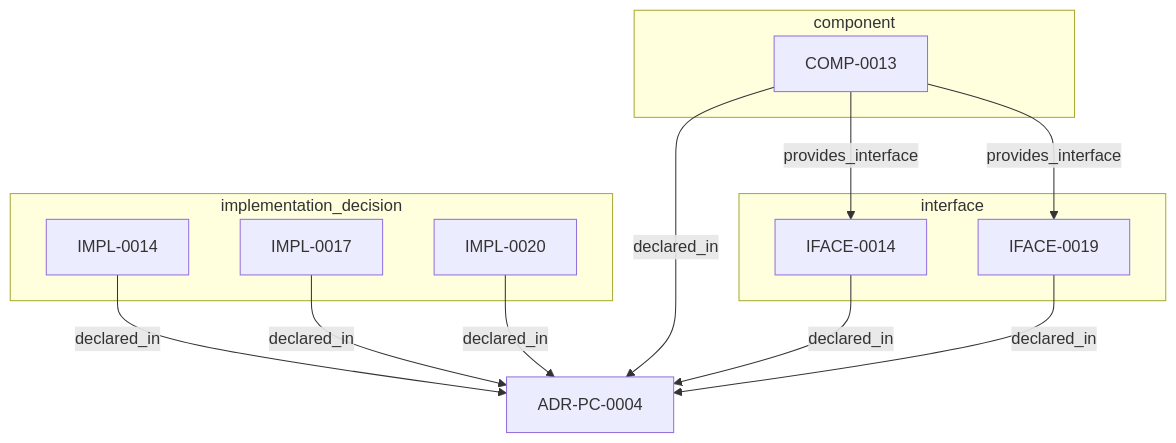
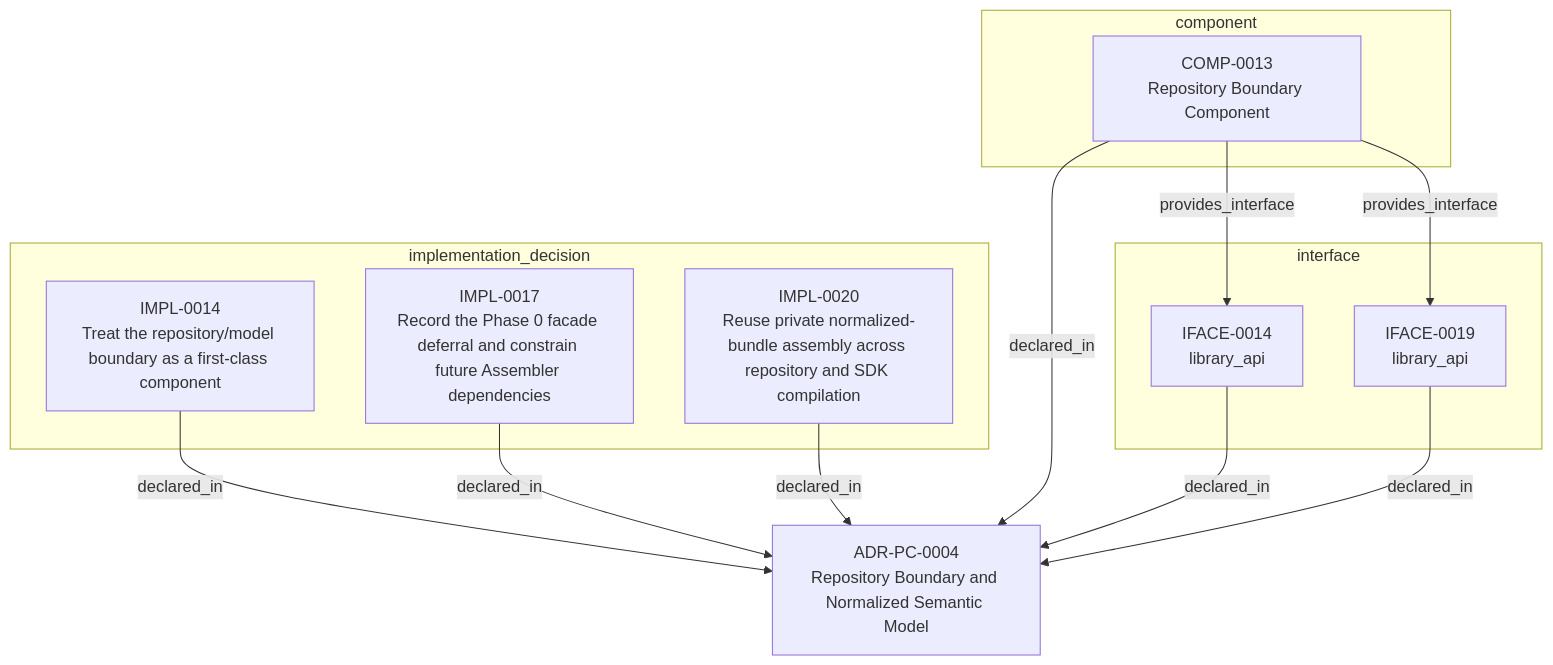
One commit to egallmann/adr-architecture-kit changed the third of 3 diagrams in adrs/adr-projection/physical-component/ADR-PC-0004-repository-boundary-and-normalized-semantic-model.md. Above: the diagram before and after it, drawn with Mermaid. The commit also changed other lines of this file and 35 other files, not shown here.

````diff
--- a/adrs/adr-projection/physical-component/ADR-PC-0004-repository-boundary-and-normalized-semantic-model.md
+++ b/adrs/adr-projection/physical-component/ADR-PC-0004-repository-boundary-and-normalized-semantic-model.md
@@ -90,24 +142,24 @@
 ```mermaid
 flowchart TB
-  n_019fee89_e618_73ce_aa2d_101276d64e33["ADR-PC-0004"]
+  n_019fee89_e618_73ce_aa2d_101276d64e33["ADR-PC-0004<br/>Repository Boundary and Normalized Semantic Model"]
   subgraph sg_component["component"]
-    n_019fee89_e618_74d1_9a1f_37e2c2982a51["COMP-0013"]
+    n_019fee89_e618_74d1_9a1f_37e2c2982a51["COMP-0013<br/>Repository Boundary Component"]
   end
   subgraph sg_interface["interface"]
-    n_019fee89_e618_74e7_882f_04f858aecaf0["IFACE-0014"]
-    n_019fee89_e618_7dab_893c_05d961de3a7d["IFACE-0019"]
+    n_019fee89_e618_74e7_882f_04f858aecaf0["IFACE-0014<br/>library_api"]
+    n_019fee89_e618_7dab_893c_05d961de3a7d["IFACE-0019<br/>library_api"]
   end
   subgraph sg_implementation_decision["implementation_decision"]
-    n_019fee89_e618_7f57_861b_526925c708f6["IMPL-0014"]
-    n_019fee89_e618_7d01_943b_f749d6ba44ac["IMPL-0017"]
-    n_019fee89_e618_7b04_b51a_7fbc8721b160["IMPL-0020"]
+    n_019fee89_e618_7f57_861b_526925c708f6["IMPL-0014<br/>Treat the repository/model boundary as a first-class component"]
+    n_019fee89_e618_7d01_943b_f749d6ba44ac["IMPL-0017<br/>Record the Phase 0 facade deferral and constrain future Assembler dependencies"]
+    n_019fee89_e618_7b04_b51a_7fbc8721b160["IMPL-0020<br/>Reuse private normalized-bundle assembly across repository and SDK compilation"]
   end
   n_019fee89_e618_74d1_9a1f_37e2c2982a51 -->|"declared_in"| n_019fee89_e618_73ce_aa2d_101276d64e33
   n_019fee89_e618_74e7_882f_04f858aecaf0 -->|"declared_in"| n_019fee89_e618_73ce_aa2d_101276d64e33
   n_019fee89_e618_7b04_b51a_7fbc8721b160 -->|"declared_in"| n_019fee89_e618_73ce_aa2d_101276d64e33
   n_019fee89_e618_7d01_943b_f749d6ba44ac -->|"declared_in"| n_019fee89_e618_73ce_aa2d_101276d64e33
   n_019fee89_e618_7dab_893c_05d961de3a7d -->|"declared_in"| n_019fee89_e618_73ce_aa2d_101276d64e33
   n_019fee89_e618_7f57_861b_526925c708f6 -->|"declared_in"| n_019fee89_e618_73ce_aa2d_101276d64e33
   n_019fee89_e618_74d1_9a1f_37e2c2982a51 -->|"provides_interface"| n_019fee89_e618_74e7_882f_04f858aecaf0
   n_019fee89_e618_74d1_9a1f_37e2c2982a51 -->|"provides_interface"| n_019fee89_e618_7dab_893c_05d961de3a7d
 ```
````
